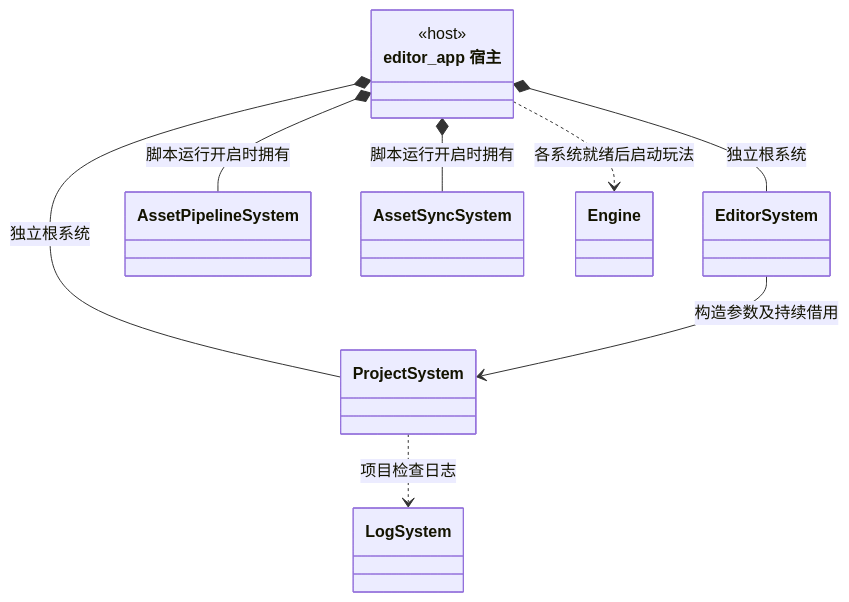
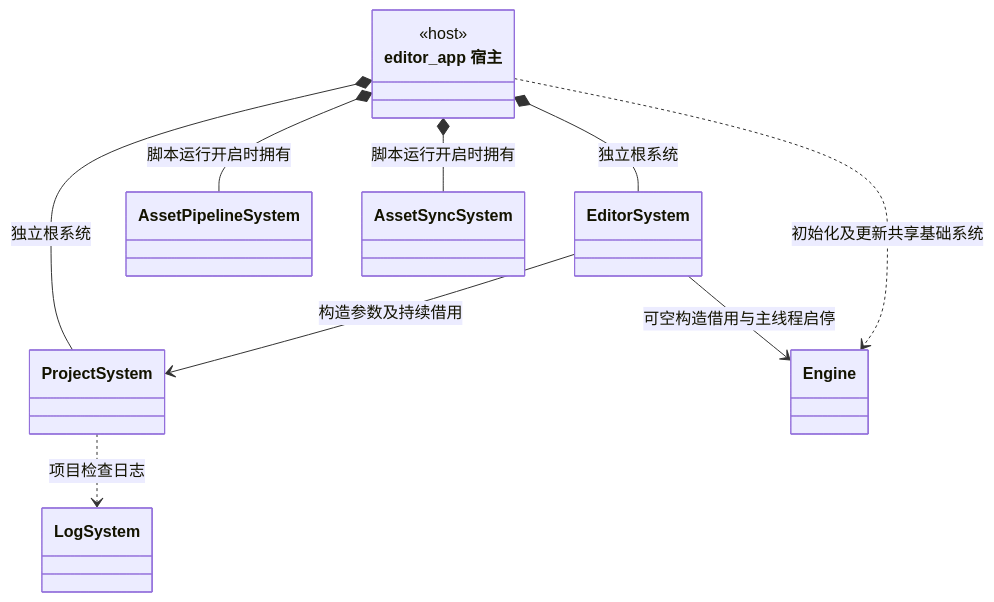
The seventh of 18 diagrams in docs/class-diagrams/references.md (lcals/Engine), drawn with Mermaid before and after one commit. The commit also changed other lines of this file and 52 other files, not shown here.

````diff
--- a/docs/class-diagrams/references.md
+++ b/docs/class-diagrams/references.md
@@ -137,20 +177,21 @@
 ```mermaid
 classDiagram
     direction TB
     class EditorHost["editor_app 宿主"] {
         <<host>>
     }
     class ProjectSystem
     class EditorSystem
     class AssetPipelineSystem
     class AssetSyncSystem
     class Engine
     class LogSystem
     EditorHost *-- ProjectSystem : 独立根系统
     EditorHost *-- EditorSystem : 独立根系统
     EditorHost *-- AssetPipelineSystem : 脚本运行开启时拥有
     EditorHost *-- AssetSyncSystem : 脚本运行开启时拥有
     EditorSystem --> ProjectSystem : 构造参数及持续借用
+    EditorSystem --> Engine : 可空构造借用与主线程启停
     ProjectSystem ..> LogSystem : 项目检查日志
-    EditorHost ..> Engine : 各系统就绪后启动玩法
+    EditorHost ..> Engine : 初始化及更新共享基础系统
 ```
````
